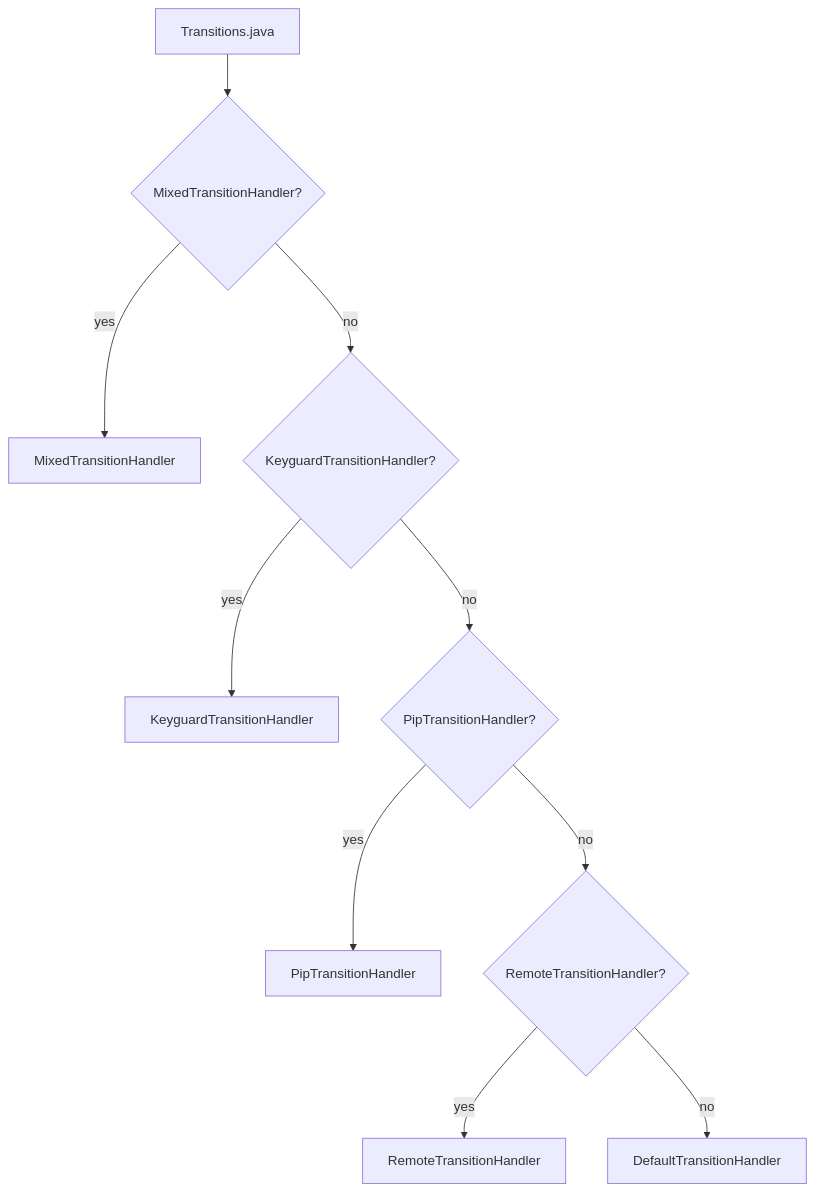
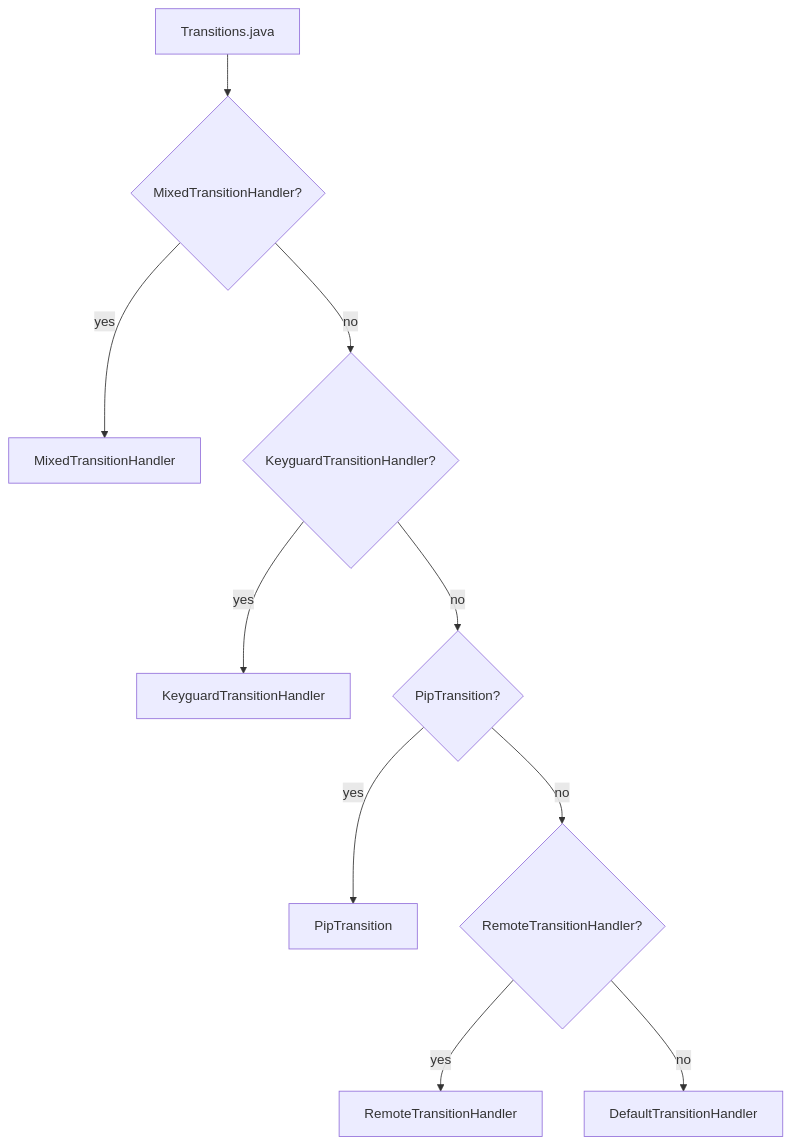
Diagram 23 of 47 in 14-animation-system.md (aospbooks/aosp-internal-book), drawn with Mermaid before and after one commit. The commit also changed other lines of this file and 137 other files, not shown here.

````diff
--- a/14-animation-system.md
+++ b/14-animation-system.md
@@ -2302,12 +2305,12 @@
 ```mermaid
 graph TD
     T[Transitions.java] --> A{MixedTransitionHandler?}
     A -->|yes| B[MixedTransitionHandler]
     A -->|no| C{KeyguardTransitionHandler?}
     C -->|yes| D[KeyguardTransitionHandler]
-    C -->|no| E{PipTransitionHandler?}
-    E -->|yes| F[PipTransitionHandler]
+    C -->|no| E{PipTransition?}
+    E -->|yes| F[PipTransition]
     E -->|no| G{RemoteTransitionHandler?}
     G -->|yes| H[RemoteTransitionHandler]
     G -->|no| I[DefaultTransitionHandler]
 ```
````
